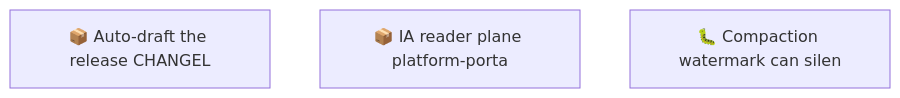
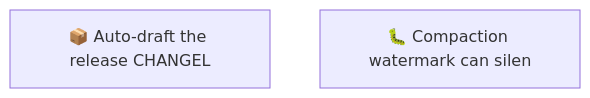
One commit to SpillwaveSolutions/wiki_ticket_sdd changed the second of 2 diagrams in docs/roadmap.md. Above: the diagram before and after it, drawn with Mermaid. The commit also changed other lines of this file and 6 other files, not shown here.

First line of the commit message:
chore(worklog): close the IA reader plane epic (#270)

````diff
--- a/docs/roadmap.md
+++ b/docs/roadmap.md
@@ -54,6 +49,5 @@
 ```mermaid
 graph TD
     01KYAC0AC01R4C6W7YY1X8NVRV["📦 Auto-draft the release CHANGEL"]
-    01KYWGM3KPNQNSWV03FRG23ADB["📦 IA reader plane platform-porta"]
     01KYZ5CY9PS60BYH1E07DF5C9P["🐛 Compaction watermark can silen"]
 ```
````
